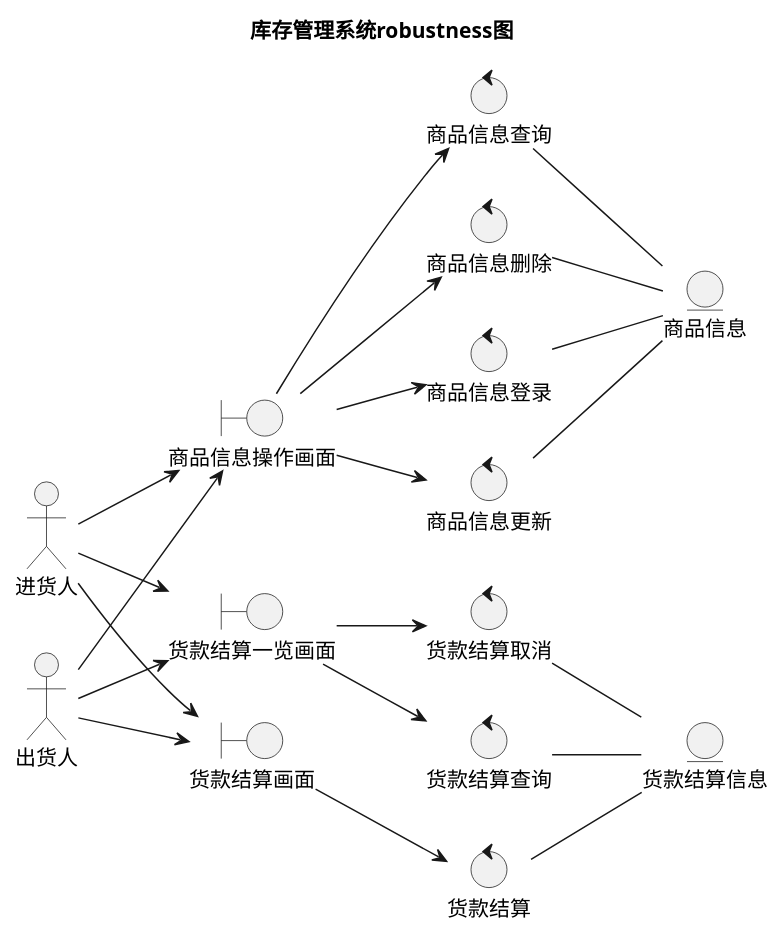
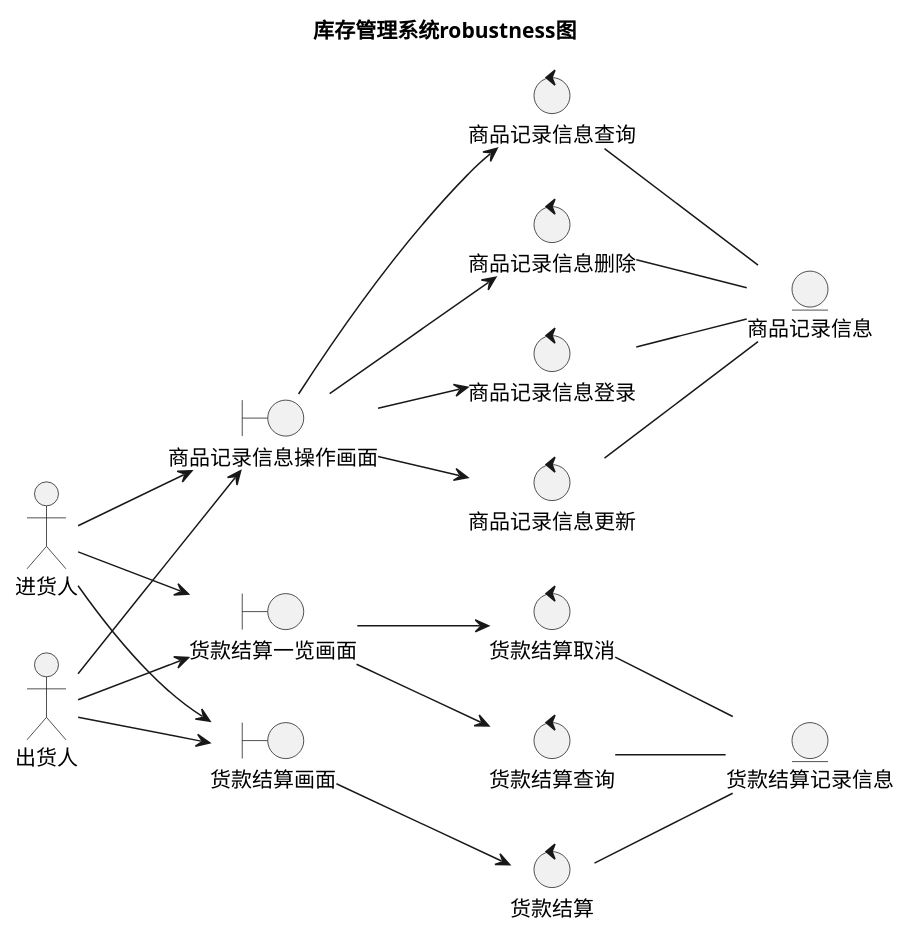
One commit to coolboy0961/inventory-control changed the diagram in desginDoc/resource/image/robustness.pu. Above: the diagram before and after it, drawn with PlantUML. The commit also changed 6 other files, not shown here.

```diff
--- a/desginDoc/resource/image/robustness.pu
+++ b/desginDoc/resource/image/robustness.pu
@@ -1,50 +1,50 @@
 @startuml
 left to right direction
 title 库存管理系统robustness图
 
 actor 进货人
 actor 出货人
 
-boundary 商品信息操作画面
-'ote left of 商品信息操作画面 : 该画面可进行商品登录，商品状态查询，商品更新
+boundary 商品记录信息操作画面
+'ote left of 商品记录信息操作画面 : 该画面可进行商品登录，商品状态查询，商品更新
 
 boundary 货款结算画面
 boundary 货款结算一览画面
 
-control 商品信息登录
-control 商品信息更新
-control 商品信息查询
-control 商品信息删除
+control 商品记录信息登录
+control 商品记录信息更新
+control 商品记录信息查询
+control 商品记录信息删除
 control 货款结算
 control 货款结算查询
 control 货款结算取消
 
-entity 商品信息
-entity 货款结算信息
+entity 商品记录信息
+entity 货款结算记录信息
 
 'relationship
-进货人 --> 商品信息操作画面
-出货人 --> 商品信息操作画面
-商品信息操作画面 --> 商品信息登录
-商品信息操作画面 --> 商品信息更新
-商品信息操作画面 --> 商品信息查询
-商品信息操作画面 --> 商品信息删除
+进货人 --> 商品记录信息操作画面
+出货人 --> 商品记录信息操作画面
+商品记录信息操作画面 --> 商品记录信息登录
+商品记录信息操作画面 --> 商品记录信息更新
+商品记录信息操作画面 --> 商品记录信息查询
+商品记录信息操作画面 --> 商品记录信息删除
 
-商品信息登录 -- 商品信息
-商品信息更新 -- 商品信息
-商品信息查询 -- 商品信息
-商品信息删除 -- 商品信息
+商品记录信息登录 -- 商品记录信息
+商品记录信息更新 -- 商品记录信息
+商品记录信息查询 -- 商品记录信息
+商品记录信息删除 -- 商品记录信息
 
 进货人 --> 货款结算画面
 出货人 --> 货款结算画面
 进货人 --> 货款结算一览画面
 出货人 --> 货款结算一览画面
 
 货款结算画面 --> 货款结算
 货款结算一览画面 --> 货款结算查询
 货款结算一览画面 --> 货款结算取消
 
-货款结算 -- 货款结算信息
-货款结算查询 -- 货款结算信息
-货款结算取消 -- 货款结算信息
+货款结算 -- 货款结算记录信息
+货款结算查询 -- 货款结算记录信息
+货款结算取消 -- 货款结算记录信息
 @enduml
```
